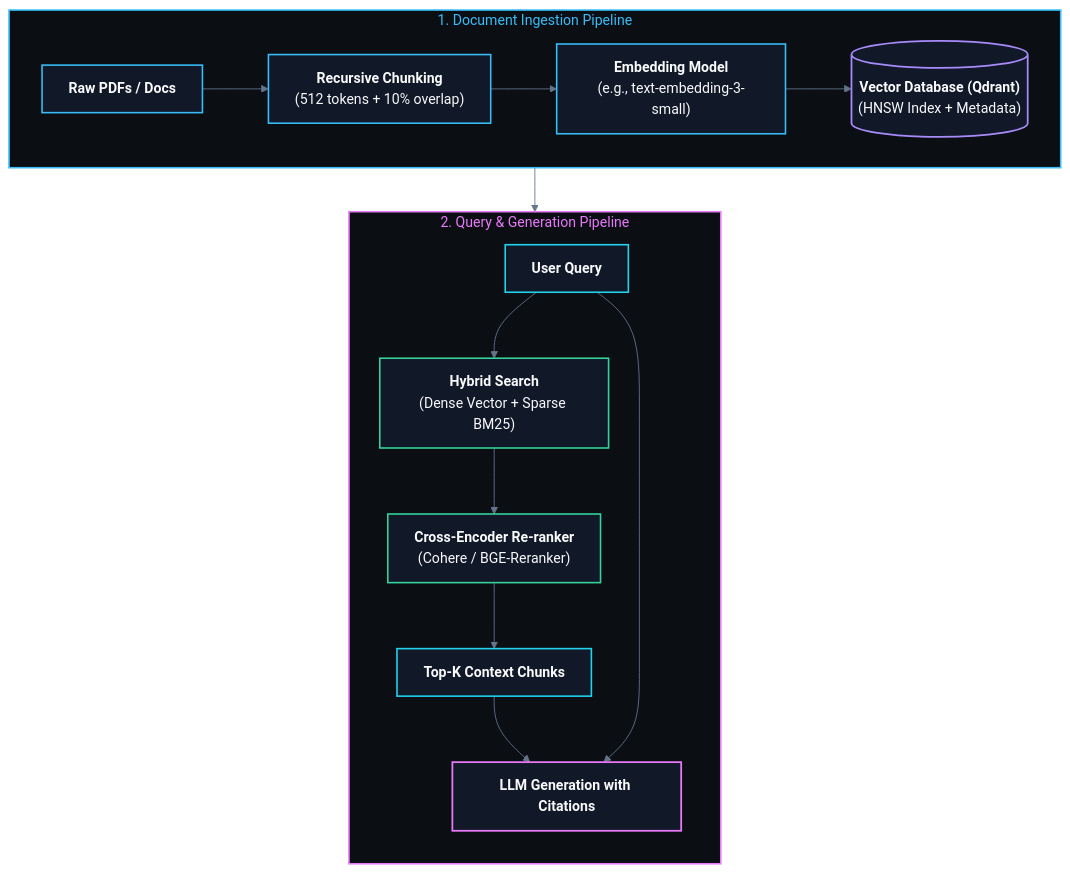
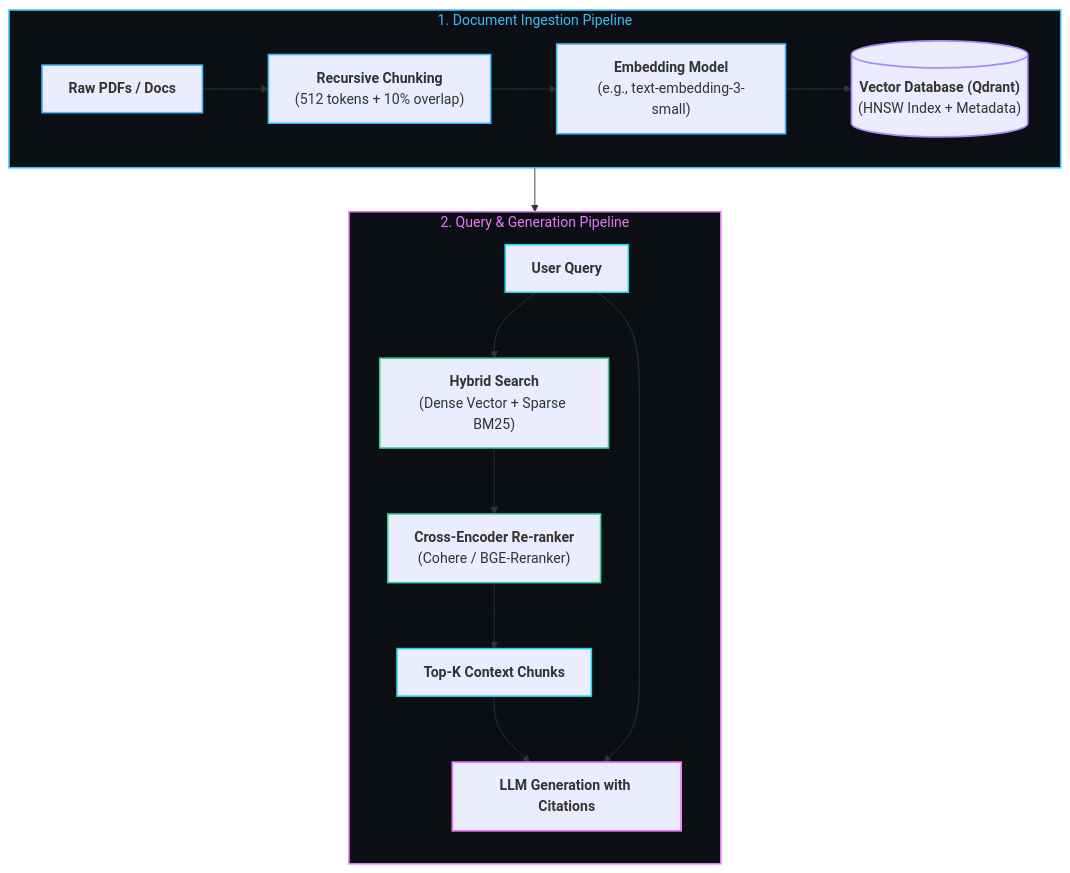
Before and after one commit to abhinavbharti2345/CS_Notes: the diagram in BrainOS/08 - LLM & GenAI/RAG & Vector Databases.md, drawn with Mermaid. The commit also changed 91 other files, not shown here.

````diff
--- a/BrainOS/08 - LLM & GenAI/RAG & Vector Databases.md
+++ b/BrainOS/08 - LLM & GenAI/RAG & Vector Databases.md
@@ -29,34 +29,33 @@
 ```mermaid
-%%{init: {'theme': 'base', 'themeVariables': { 'darkMode': true, 'background': '#0B0F14', 'mainBkg': '#111827', 'primaryColor': '#111827', 'primaryTextColor': '#F8FAFC', 'primaryBorderColor': '#38BDF8', 'lineColor': '#64748B', 'secondaryColor': '#0B0F14', 'tertiaryColor': '#0B0F14', 'clusterBkg': '#0B0F14', 'clusterBorder': '#38BDF8' }}}%%
 flowchart TD
     subgraph INGESTION ["1. Document Ingestion Pipeline"]
         direction LR
         DOC["<b>Raw PDFs / Docs</b>"] --> CHUNK["<b>Recursive Chunking</b><br/>(512 tokens + 10% overlap)"]
         CHUNK --> EMBED["<b>Embedding Model</b><br/>(e.g., text-embedding-3-small)"]
         EMBED --> VDB[("<b>Vector Database (Qdrant)</b><br/>(HNSW Index + Metadata)")]
     end
 
     subgraph RETRIEVAL ["2. Query & Generation Pipeline"]
         direction TB
         Q["<b>User Query</b>"] --> HYBRID["<b>Hybrid Search</b><br/>(Dense Vector + Sparse BM25)"]
         VDB --> HYBRID
         HYBRID --> RERANK["<b>Cross-Encoder Re-ranker</b><br/>(Cohere / BGE-Reranker)"]
         RERANK --> CONTEXT["<b>Top-K Context Chunks</b>"]
         CONTEXT & Q --> LLM["<b>LLM Generation with Citations</b>"]
     end
 
     style INGESTION fill:#0B0F14,stroke:#38BDF8,stroke-width:1.8px,color:#38BDF8
     style RETRIEVAL fill:#0B0F14,stroke:#E879F9,stroke-width:1.8px,color:#E879F9
 
-    classDef ingestNode fill:#111827,stroke:#38BDF8,stroke-width:1.8px,color:#F8FAFC;
-    classDef vdbNode fill:#111827,stroke:#A78BFA,stroke-width:2px,color:#F8FAFC;
-    classDef queryNode fill:#111827,stroke:#22D3EE,stroke-width:1.8px,color:#F8FAFC;
-    classDef rankNode fill:#111827,stroke:#34D399,stroke-width:1.8px,color:#F8FAFC;
-    classDef llmNode fill:#111827,stroke:#E879F9,stroke-width:2px,color:#F8FAFC;
+    classDef ingestNode stroke:#38BDF8,stroke-width:1.8px;
+    classDef vdbNode stroke:#A78BFA,stroke-width:2px;
+    classDef queryNode stroke:#22D3EE,stroke-width:1.8px;
+    classDef rankNode stroke:#34D399,stroke-width:1.8px;
+    classDef llmNode stroke:#E879F9,stroke-width:2px;
 
     class DOC,CHUNK,EMBED ingestNode;
     class VDB vdbNode;
     class Q,CONTEXT queryNode;
     class HYBRID,RERANK rankNode;
     class LLM llmNode;
 ```
````
